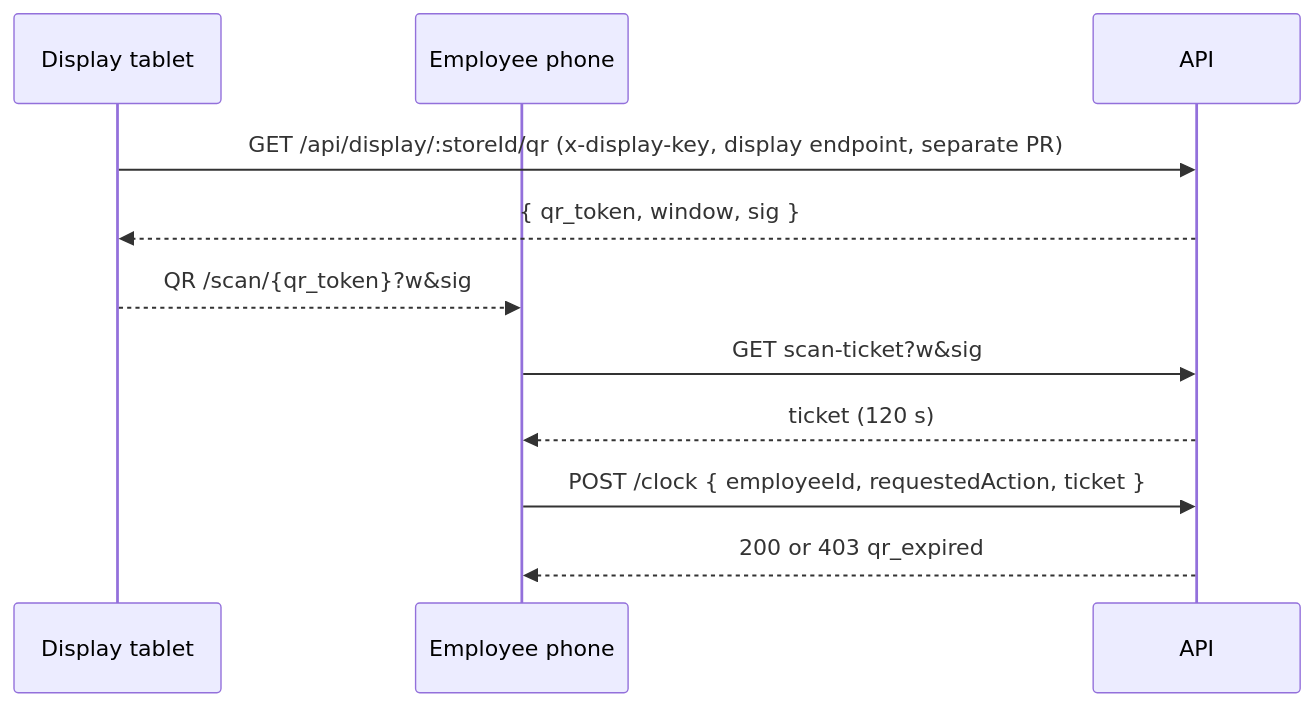
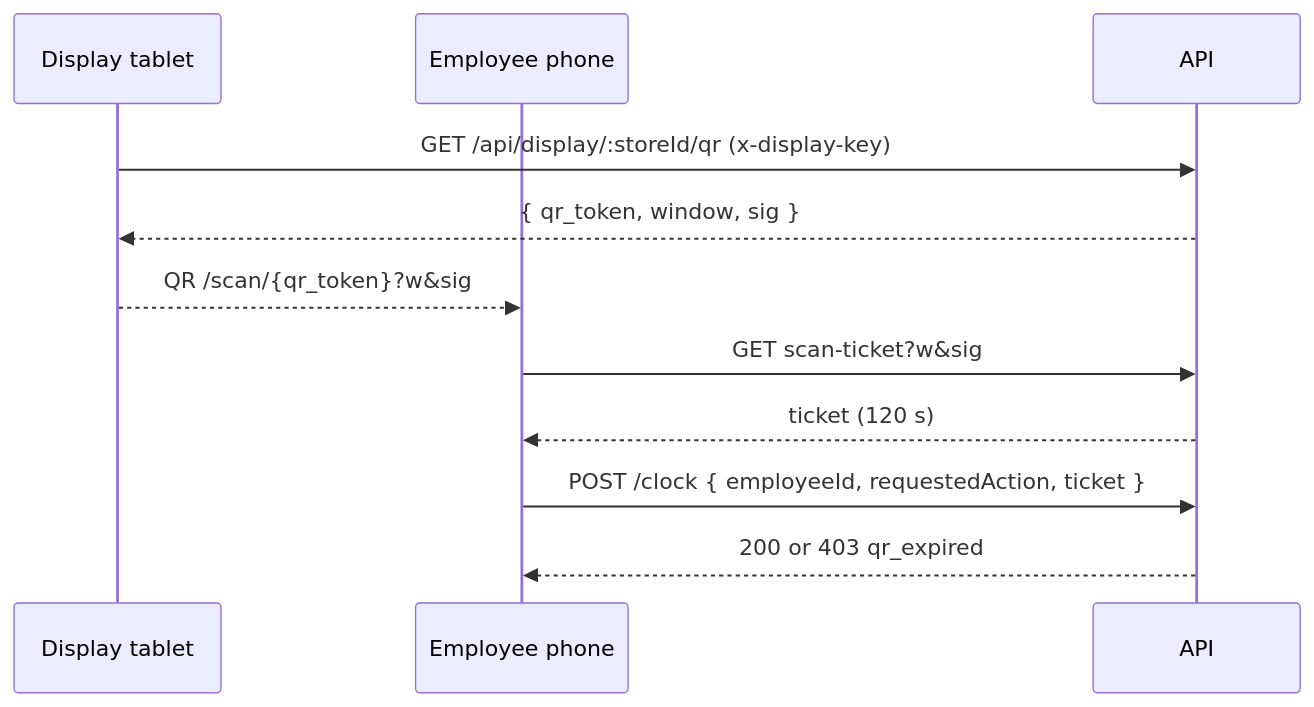
One commit to alexh0810/qr-shift changed the fourth of 4 diagrams in docs/architecture.md. Above: the diagram before and after it, drawn with Mermaid. The commit also changed other lines of this file and 4 other files, not shown here.

First line of the commit message:
Add store display page (#24)

````diff
--- a/docs/architecture.md
+++ b/docs/architecture.md
@@ -154,13 +158,13 @@
 ```mermaid
 sequenceDiagram
   participant T as Display tablet
   participant E as Employee phone
   participant A as API
-  T->>A: GET /api/display/:storeId/qr (x-display-key, display endpoint, separate PR)
+  T->>A: GET /api/display/:storeId/qr (x-display-key)
   A-->>T: { qr_token, window, sig }
   T-->>E: QR /scan/{qr_token}?w&sig
   E->>A: GET scan-ticket?w&sig
   A-->>E: ticket (120 s)
   E->>A: POST /clock { employeeId, requestedAction, ticket }
   A-->>E: 200 or 403 qr_expired
 ```
````
